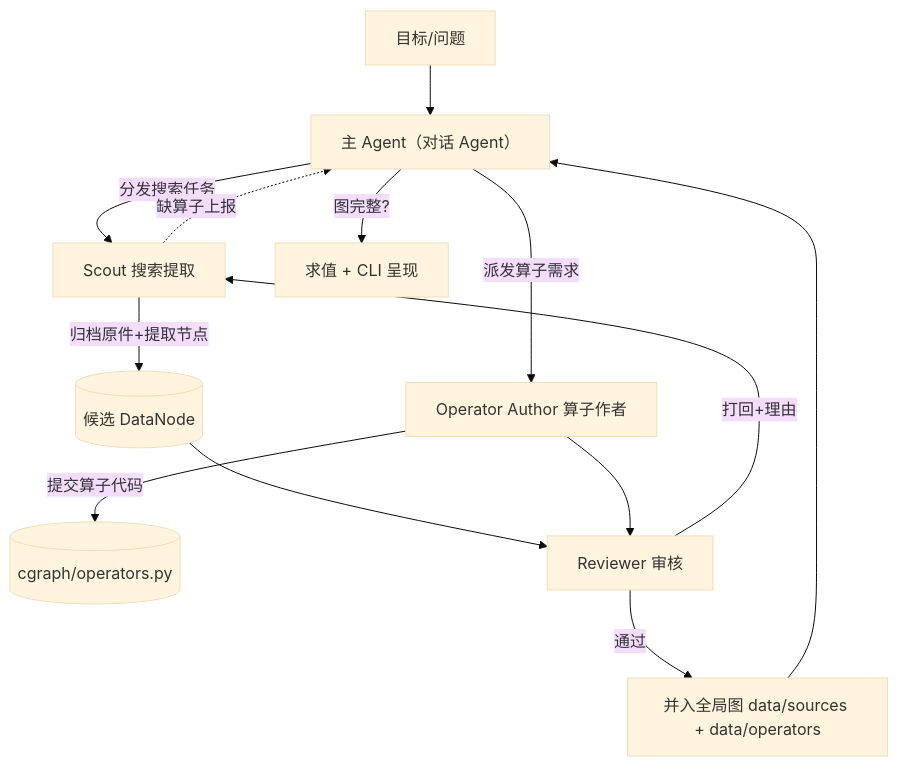
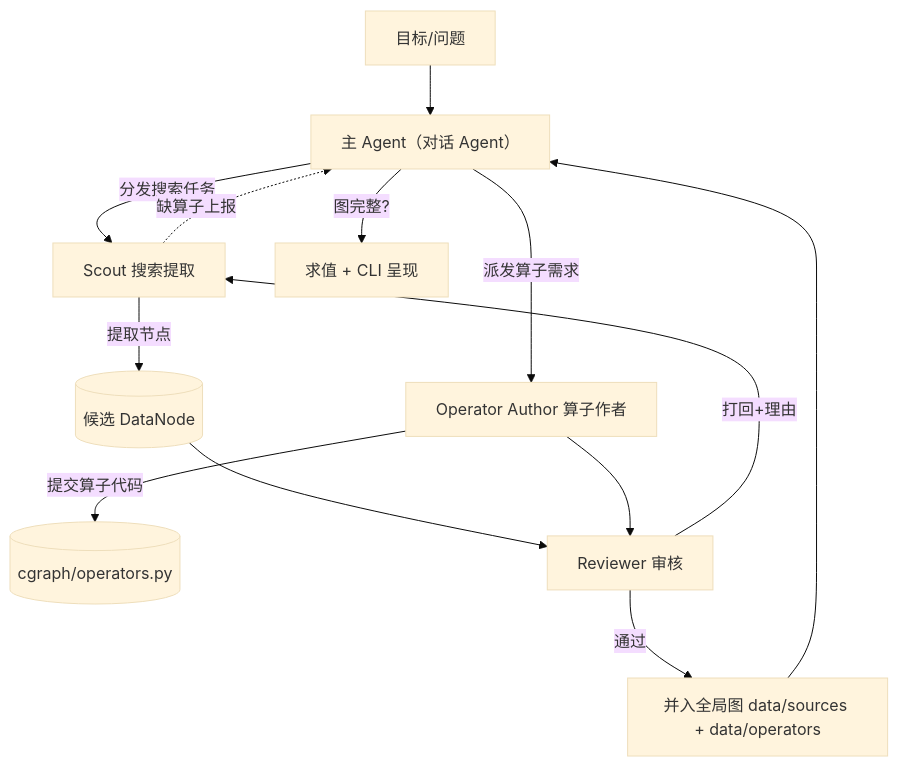
Before and after one commit to taoyafan/CausalGraph: the diagram in doc/design/agent-teams.md, drawn with Mermaid (base theme). The commit also changed other lines of this file and 14 other files, not shown here.

Commit message:
refactor: 移除本地副本机制——删除 local_copy 字段/raw目录/archive.py，trace 与 web 不再显示本地副本，scout/reviewer/invariants/architecture 提示词同步改为 URL+quote+retrieved_at 溯源

````diff
--- a/doc/design/agent-teams.md
+++ b/doc/design/agent-teams.md
@@ -35,15 +35,15 @@
 ```mermaid
 flowchart TD
     U[目标/问题] --> O["主 Agent（对话 Agent）"]
     O -->|分发搜索任务| S[Scout 搜索提取]
-    S -->|归档原件+提取节点| N[(候选 DataNode)]
+    S -->|提取节点| N[(候选 DataNode)]
     S -.->|缺算子上报| O
     O -->|派发算子需求| A[Operator Author 算子作者]
     A -->|提交算子代码| OPS[(cgraph/operators.py)]
     N --> R[Reviewer 审核]
     R -->|打回+理由| S
     R -->|通过| G[并入全局图 data/sources + data/operators]
     A --> R
     G --> O
     O -->|图完整?| E[求值 + CLI 呈现]
 ```
````
